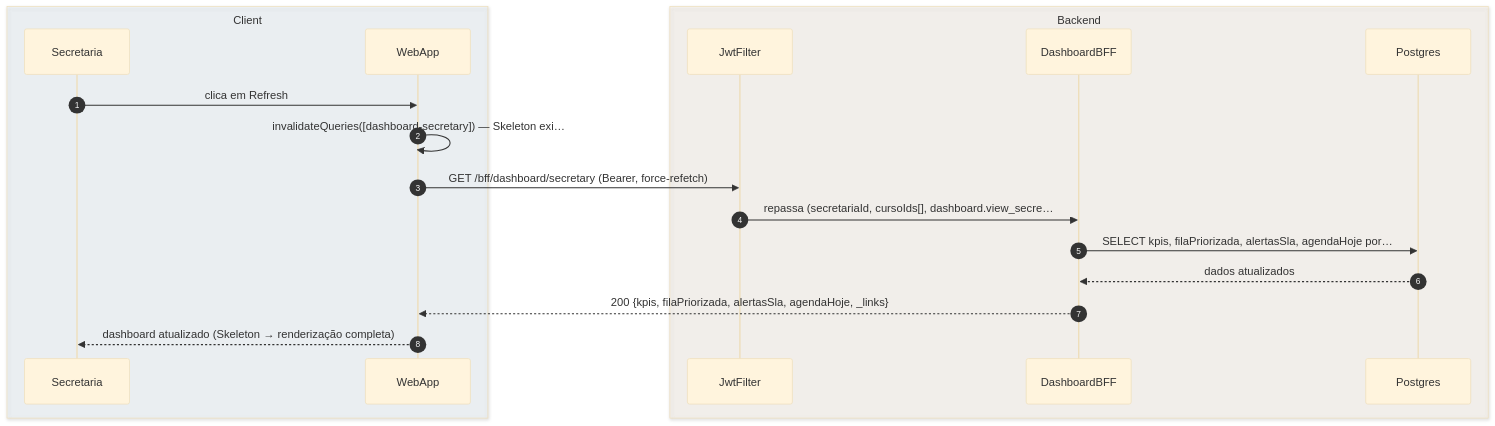
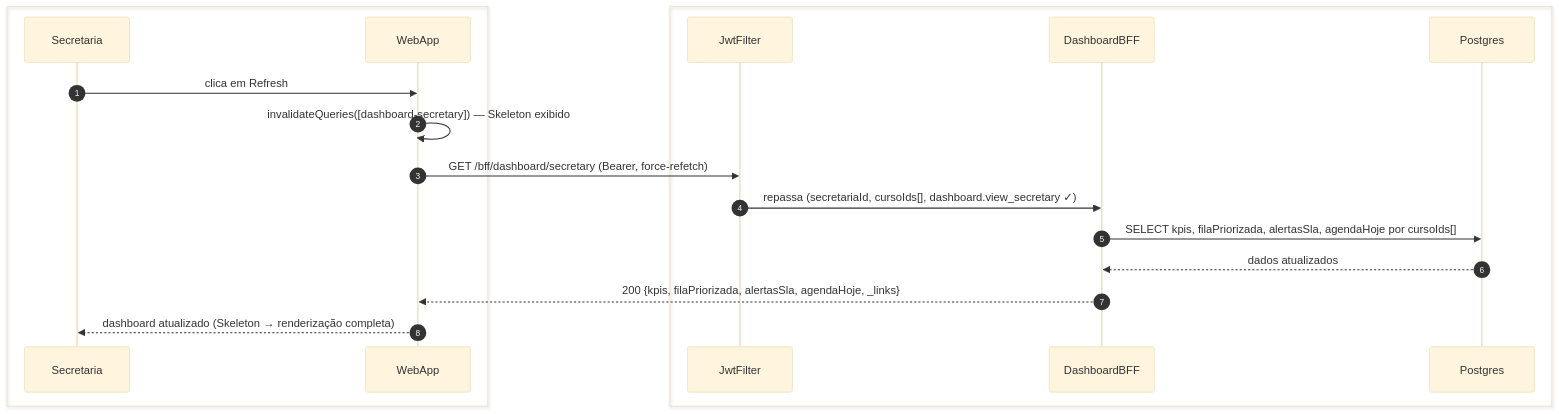
Before and after one commit to umishell/secretariaOnline2: the second of 3 diagrams in foundationDocs/sequenceDiagrams/F5 — Secretaria/US-F5-001-DASHBOARD.md, drawn with Mermaid (base theme). The commit also changed other lines of this file and 70 other files, not shown here.

First line of the commit message:
Enhance database documentation and introduce new schema files

````diff
--- a/foundationDocs/sequenceDiagrams/F5 — Secretaria/US-F5-001-DASHBOARD.md
+++ b/foundationDocs/sequenceDiagrams/F5 — Secretaria/US-F5-001-DASHBOARD.md
@@ -99,22 +99,22 @@
 ```mermaid
 sequenceDiagram
     autonumber
-    box rgba(230,245,255,0.3) Client
+    box #e8f4fc Cliente
         participant Secretaria
         participant WebApp
     end
-    box rgba(255,245,230,0.3) Backend
+    box #fff8ee Servidor
         participant JwtFilter
         participant DashboardBFF
         participant Postgres
     end
 
     Secretaria->>WebApp: clica em Refresh
-    WebApp->>WebApp: invalidateQueries([dashboard-secretary]) — Skeleton exi…
+    WebApp->>WebApp: invalidateQueries([dashboard-secretary]) — Skeleton exibido
     WebApp->>JwtFilter: GET /bff/dashboard/secretary (Bearer, force-refetch)
-    JwtFilter->>DashboardBFF: repassa (secretariaId, cursoIds[], dashboard.view_secre…
-    DashboardBFF->>Postgres: SELECT kpis, filaPriorizada, alertasSla, agendaHoje por…
+    JwtFilter->>DashboardBFF: repassa (secretariaId, cursoIds[], dashboard.view_secretary ✓)
+    DashboardBFF->>Postgres: SELECT kpis, filaPriorizada, alertasSla, agendaHoje por cursoIds[]
     Postgres-->>DashboardBFF: dados atualizados
     DashboardBFF-->>WebApp: 200 {kpis, filaPriorizada, alertasSla, agendaHoje, _links}
     WebApp-->>Secretaria: dashboard atualizado (Skeleton → renderização completa)
 ```
````
